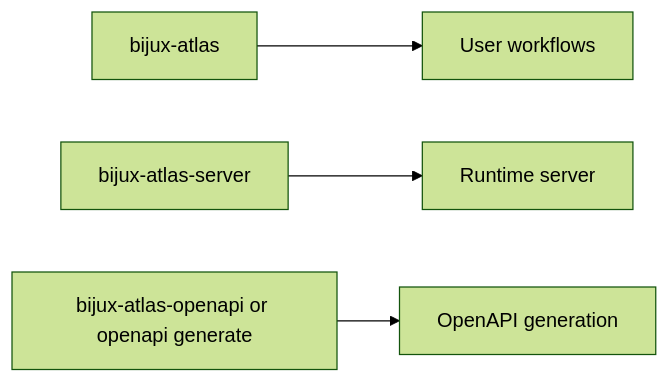
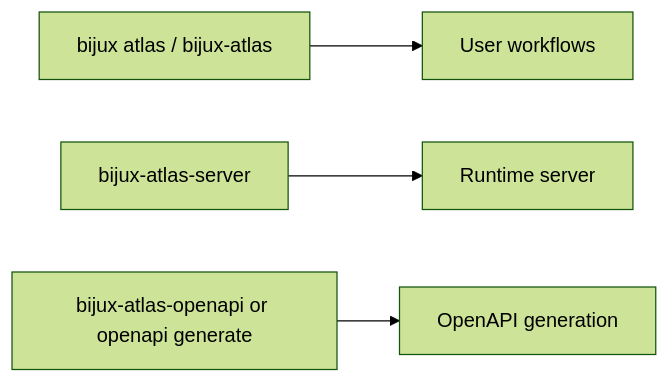
Before and after one commit to bijux/bijux-atlas: the second of 2 diagrams in docs/07-reference/command-surface.md, drawn with Mermaid (forest theme). The commit also changed other lines of this file and 5 other files, not shown here.

````diff
--- a/docs/07-reference/command-surface.md
+++ b/docs/07-reference/command-surface.md
@@ -32,6 +35,6 @@
 ```mermaid
 flowchart LR
-    AtlasCLI[bijux-atlas] --> UserWorkflows[User workflows]
+    AtlasCLI[bijux atlas / bijux-atlas] --> UserWorkflows[User workflows]
     ServerCLI[bijux-atlas-server] --> Runtime[Runtime server]
     OpenAPICLI[bijux-atlas-openapi or openapi generate] --> Contracts[OpenAPI generation]
 ```
````
